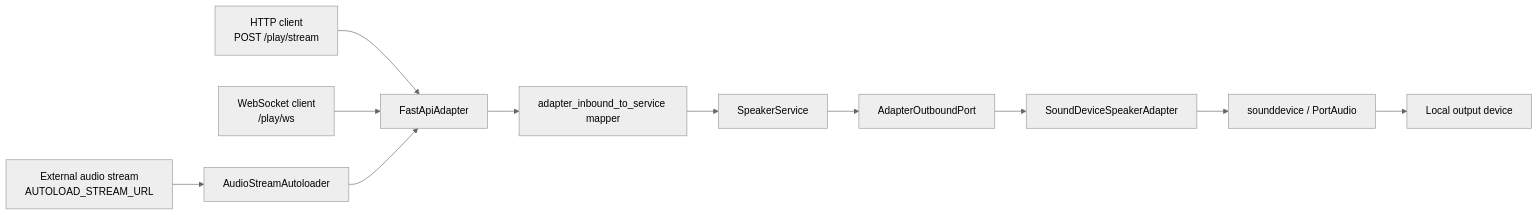
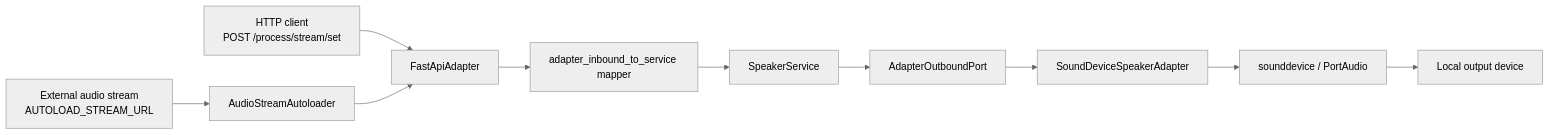
One commit to DanielCalvo-Calvicia/speaker_microservice changed the first of 5 diagrams in README.md. Above: the diagram before and after it, drawn with Mermaid (neutral theme). The commit also changed other lines of this file and 11 other files, not shown here.

````diff
--- a/README.md
+++ b/README.md
@@ -48,14 +98,13 @@
 ```mermaid
 flowchart LR
-    ClientHTTP["HTTP client<br/>POST /play/stream"] --> FastAPI["FastApiAdapter"]
-    ClientWS["WebSocket client<br/>/play/ws"] --> FastAPI
+    ClientHTTP["HTTP client<br/>POST /process/stream/set"] --> FastAPI["FastApiAdapter"]
     ExternalStream["External audio stream<br/>AUTOLOAD_STREAM_URL"] --> Autoloader["AudioStreamAutoloader"]
     Autoloader --> FastAPI
 
     FastAPI --> InboundMapper["adapter_inbound_to_service mapper"]
     InboundMapper --> Service["SpeakerService"]
     Service --> OutboundPort["AdapterOutboundPort"]
     OutboundPort --> SoundDevice["SoundDeviceSpeakerAdapter"]
     SoundDevice --> PortAudio["sounddevice / PortAudio"]
     PortAudio --> Speaker["Local output device"]
 ```
````
